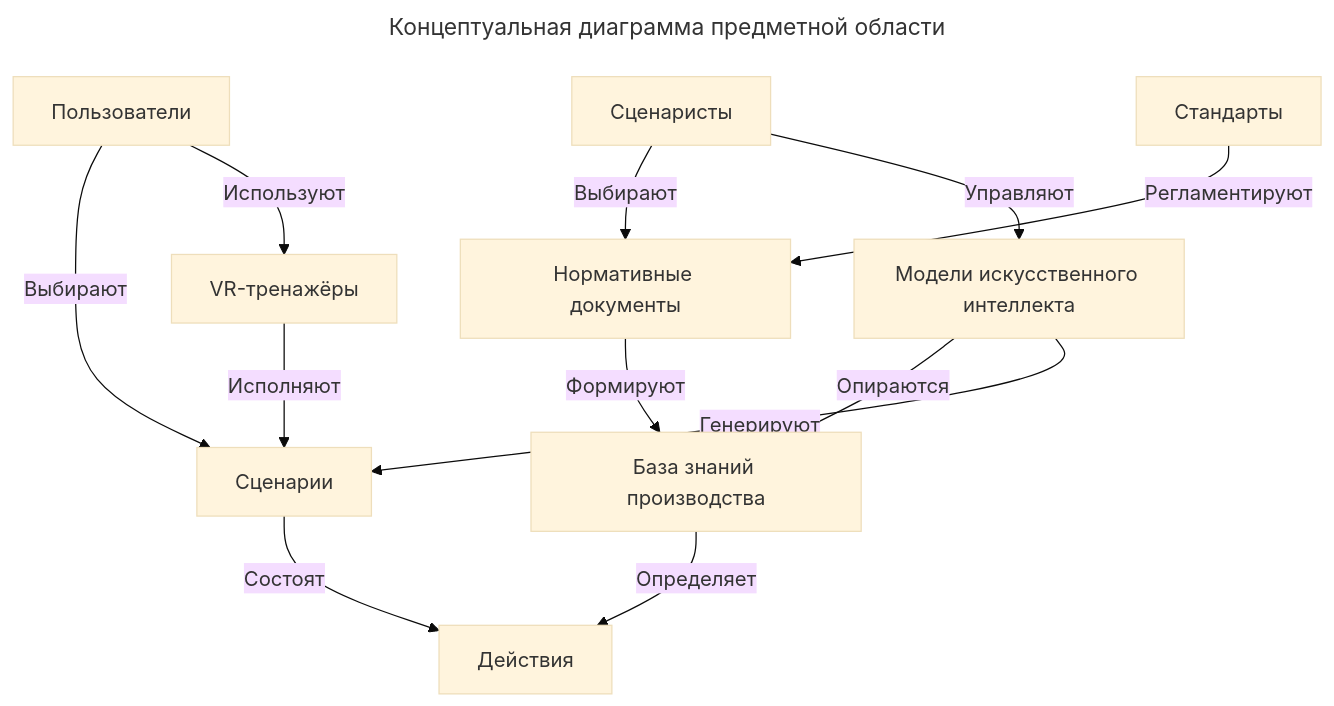
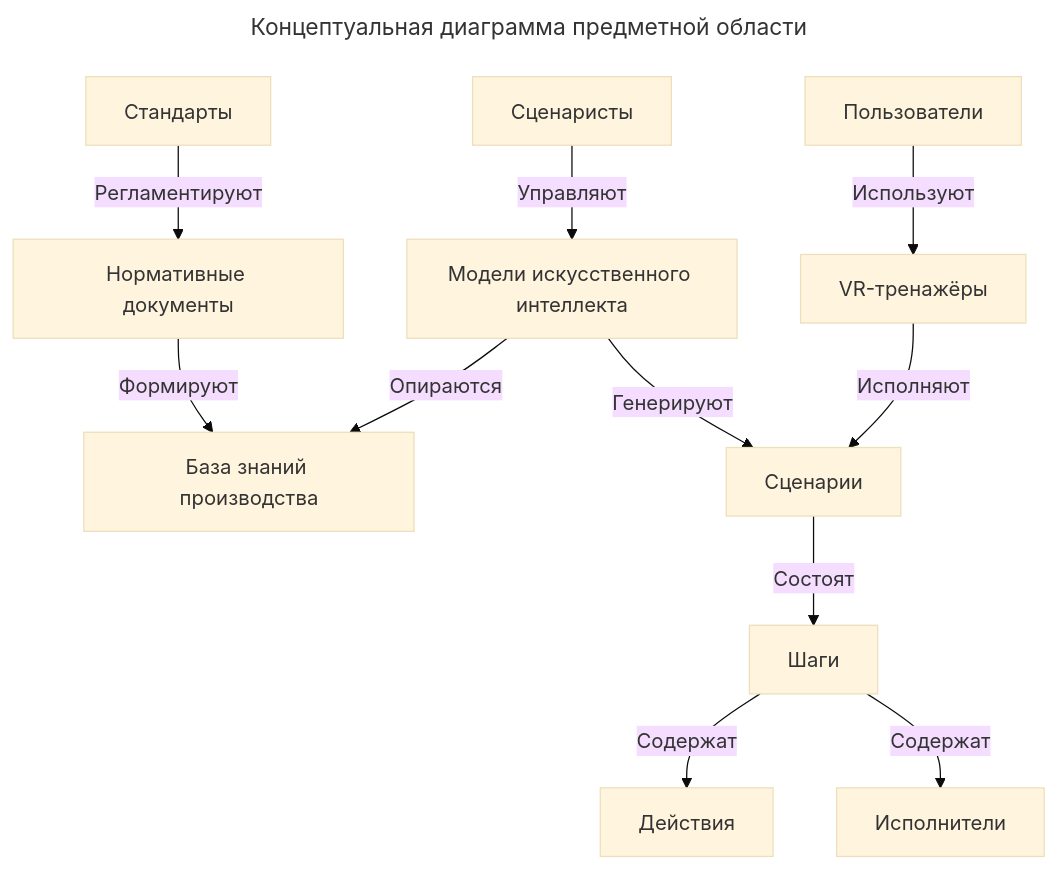
The diagram in 2. Контекстная диаграмма классов.md (CHSU-scenarAIst/diagrammy), drawn with Mermaid (base theme) before and after one commit. The commit also changed other lines of this file and 16 other files, not shown here.

````diff
--- a/2. Контекстная диаграмма классов.md
+++ b/2. Контекстная диаграмма классов.md
@@ -7,27 +7,28 @@
 ```mermaid
 ---
 title: Концептуальная диаграмма предметной области
 ---
 graph TD
     ST[Стандарты]
     SC[Сценаристы]
     ND[Нормативные документы]
     BZ[База знаний производства]
     AI[Модели искусственного интеллекта]
+    SN[Сценарии]
+    SP[Шаги]
     DE[Действия]
-    SN[Сценарии]
+    AC[Исполнители]
     PL[Пользователи]
     VR[VR-тренажёры]
 
     ST -- "Регламентируют" --> ND
-    SC -- "Выбирают" --> ND
     SC -- "Управляют" --> AI
     ND -- "Формируют" --> BZ
     AI -- "Опираются" --> BZ
     AI -- "Генерируют" --> SN
-    SN -- "Состоят" --> DE
-    BZ -- "Определяет" --> DE
-    PL -- "Выбирают" --> SN
+    SN -- "Состоят" --> SP
+    SP -- "Содержат" --> DE
+    SP -- "Содержат" --> AC
     PL -- "Используют" --> VR
     VR -- "Исполняют" --> SN
 ```
````
